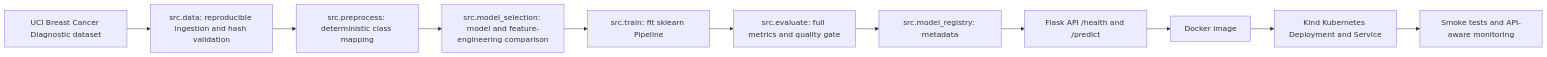
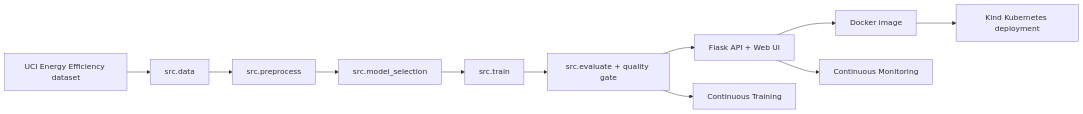
One commit to lorcan973232/mlops-metro-traffic-volume-pipeline changed the diagram in README.md. Above: the diagram before and after it, drawn with Mermaid. The commit also changed other lines of this file and 57 other files, not shown here.

Commit message:
Switch artefact to energy efficiency predictor

````diff
--- a/README.md
+++ b/README.md
@@ -156,13 +81,13 @@
 ```mermaid
 flowchart LR
-  A["UCI Breast Cancer Diagnostic dataset"] --> B["src.data: reproducible ingestion and hash validation"]
-  B --> C["src.preprocess: deterministic class mapping"]
-  C --> D["src.model_selection: model and feature-engineering comparison"]
-  D --> E["src.train: fit sklearn Pipeline"]
-  E --> F["src.evaluate: full metrics and quality gate"]
-  F --> G["src.model_registry: metadata"]
-  G --> H["Flask API /health and /predict"]
-  H --> I["Docker image"]
-  I --> J["Kind Kubernetes Deployment and Service"]
-  J --> K["Smoke tests and API-aware monitoring"]
+  A["UCI Energy Efficiency dataset"] --> B["src.data"]
+  B --> C["src.preprocess"]
+  C --> D["src.model_selection"]
+  D --> E["src.train"]
+  E --> F["src.evaluate + quality gate"]
+  F --> G["Flask API + Web UI"]
+  G --> H["Docker image"]
+  H --> I["Kind Kubernetes deployment"]
+  F --> J["Continuous Training"]
+  G --> K["Continuous Monitoring"]
 ```
````
